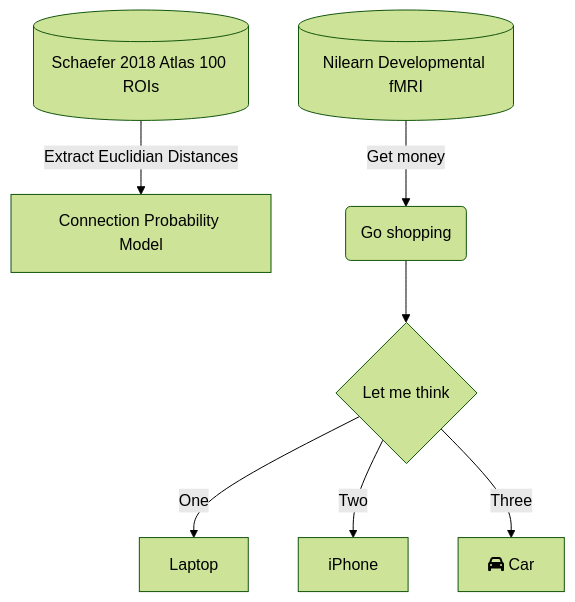
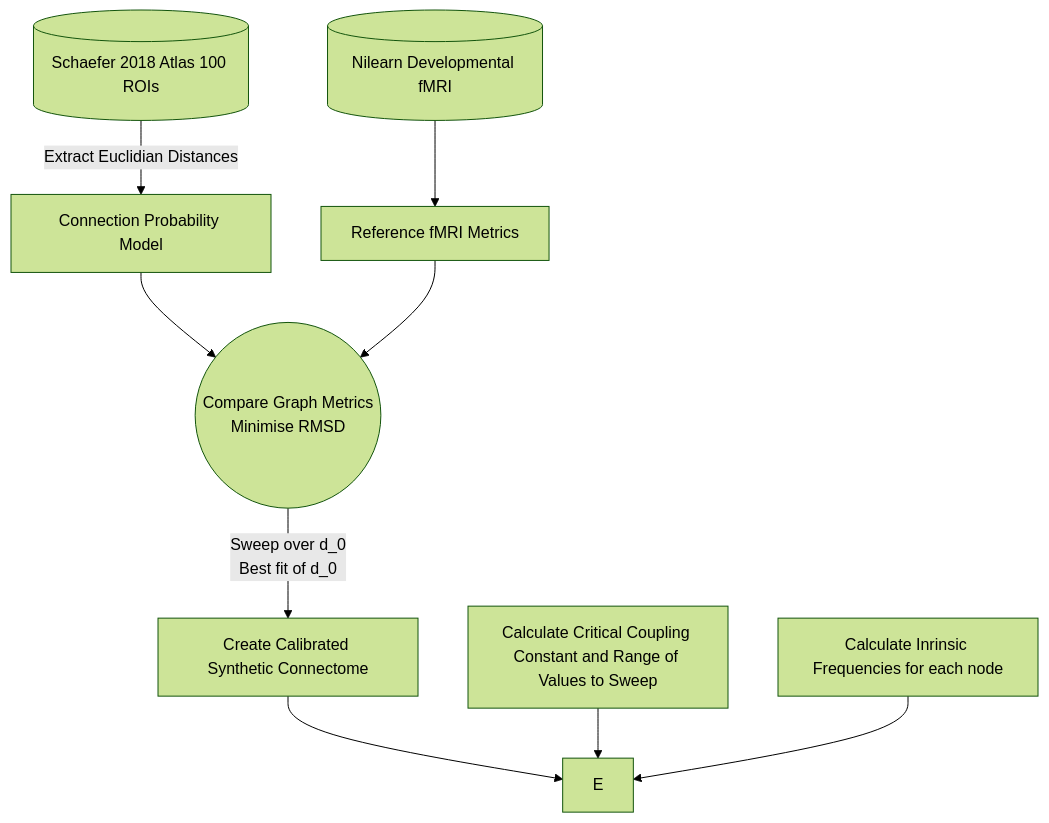
One commit to R-eya/Kuramoto-Hebbian-Style-Pruning-of-Synthetic-Connectomes changed the diagram in README.md. Above: the diagram before and after it, drawn with Mermaid (forest theme).

````diff
--- a/README.md
+++ b/README.md
@@ -7,11 +7,12 @@
 ```mermaid
 flowchart TD
-Q[(Schaefer 2018 Atlas 100 ROIs)] -->|Extract Euclidian Distances| W[Connection Probability Model]
+    Q[(Schaefer 2018 Atlas 100 ROIs)] -->|Extract Euclidian Distances| W[Connection Probability Model] -->C
 
 
-A[(Nilearn Developmental fMRI)] -->|Get money| B(Go shopping)
-B --> C{Let me think}
-C -->|One| D[Laptop]
-C -->|Two| E[iPhone]
-C -->|Three| F[fa:fa-car Car]
+    A[(Nilearn Developmental fMRI)] -->B[Reference fMRI Metrics]--> C((Compare Graph Metrics <br> Minimise RMSD )) -->|Sweep over d_0 <br> Best fit of d_0| D[Create Calibrated Synthetic Connectome]
+    D --> E
+
+    F[Calculate Critical Coupling Constant and Range of Values to Sweep] --> E
+
+    G[Calculate Inrinsic Frequencies for each node ] --> E
 ```
````
